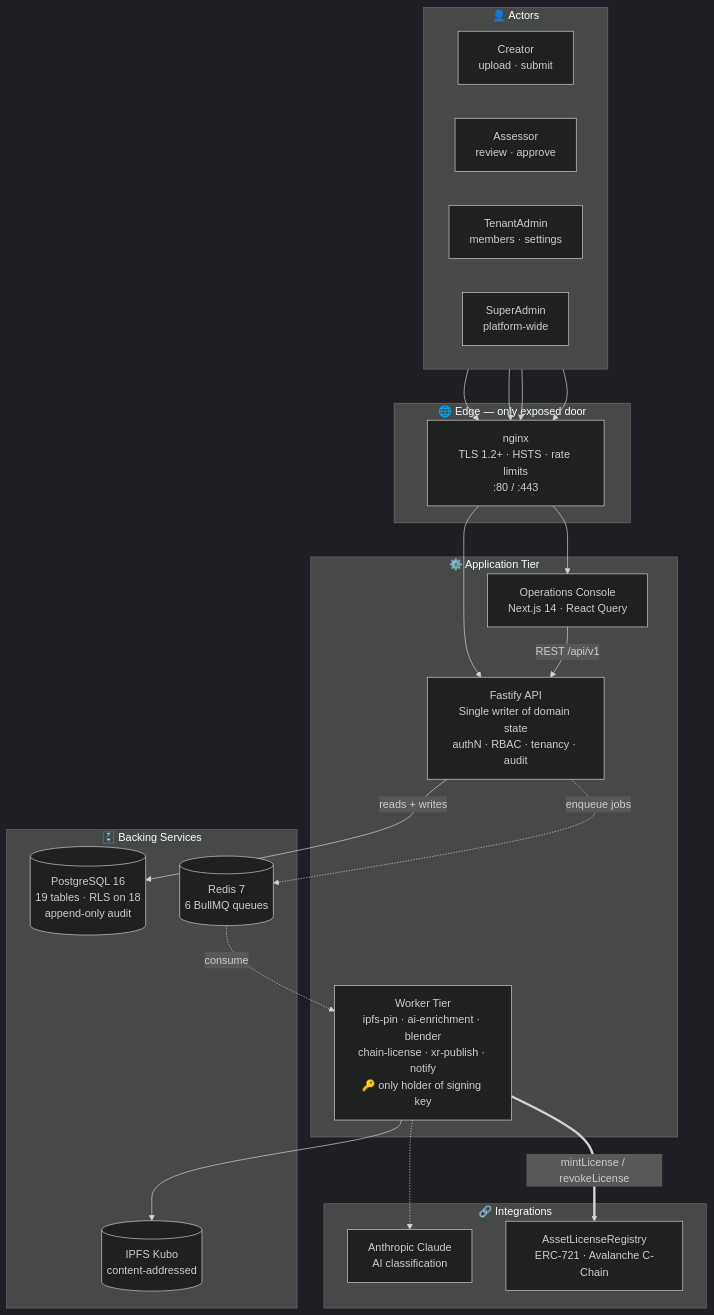
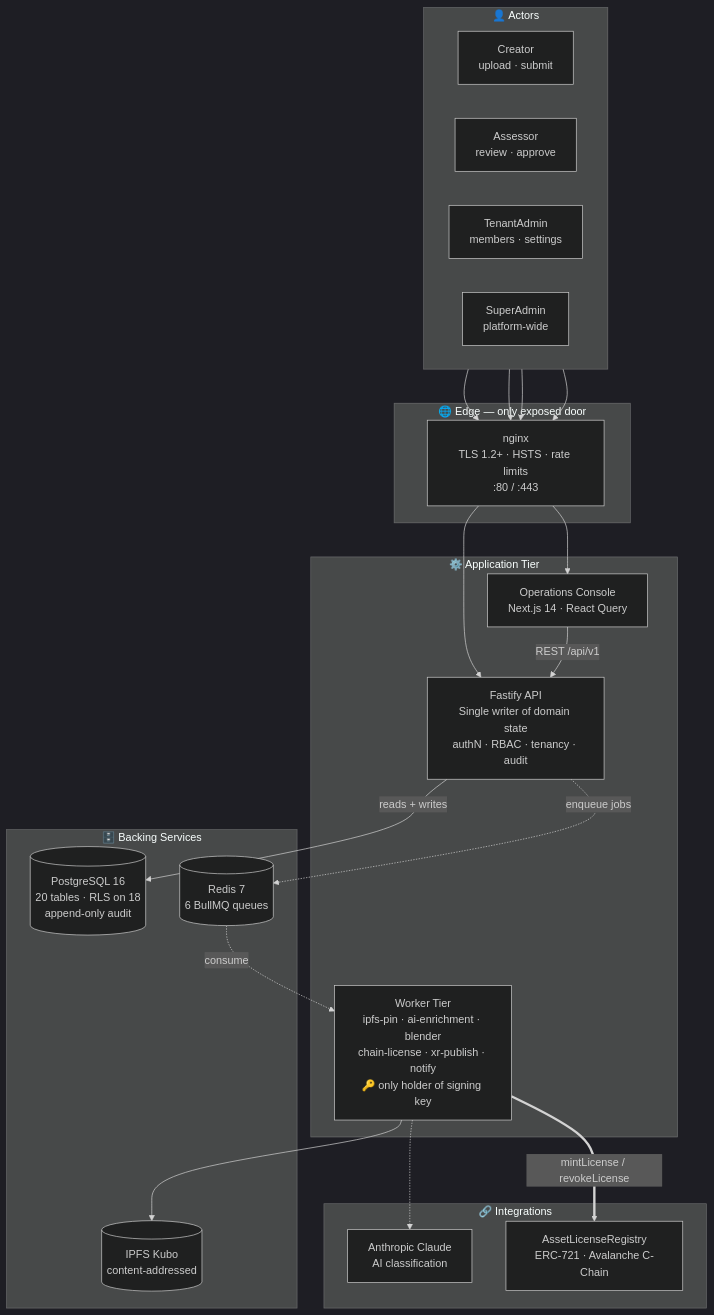
One commit to AdityaKumar41/void-space changed the first of 10 diagrams in docs/VOID-SPACE-Architecture-Visual.md. Above: the diagram before and after it, drawn with Mermaid (dark theme). The commit also changed other lines of this file and 50 other files, not shown here.

Commit message:
feat: add job status schema and types for job management API

````diff
--- a/docs/VOID-SPACE-Architecture-Visual.md
+++ b/docs/VOID-SPACE-Architecture-Visual.md
@@ -16,41 +22,41 @@
 ```mermaid
 flowchart TB
     subgraph ACTORS["👤 Actors"]
         direction LR
         CR["Creator\nupload · submit"]
         AS["Assessor\nreview · approve"]
         TA["TenantAdmin\nmembers · settings"]
         SA["SuperAdmin\nplatform-wide"]
     end
 
     subgraph EDGE["🌐 Edge — only exposed door"]
         NGX["nginx\nTLS 1.2+ · HSTS · rate limits\n:80 / :443"]
     end
 
     subgraph APP["⚙️ Application Tier"]
         WEB["Operations Console\nNext.js 14 · React Query"]
         API["Fastify API\nSingle writer of domain state\nauthN · RBAC · tenancy · audit"]
         WRK["Worker Tier\nipfs-pin · ai-enrichment · blender\nchain-license · xr-publish · notify\n🔑 only holder of signing key"]
     end
 
     subgraph DATA["🗄️ Backing Services"]
-        PG[("PostgreSQL 16\n19 tables · RLS on 18\nappend-only audit")]
+        PG[("PostgreSQL 16\n20 tables · RLS on 18\nappend-only audit")]
         RD[("Redis 7\n6 BullMQ queues")]
         IPFS[("IPFS Kubo\ncontent-addressed")]
     end
 
     subgraph EXT["🔗 Integrations"]
         CLA["Anthropic Claude\nAI classification"]
         CHN["AssetLicenseRegistry\nERC-721 · Avalanche C-Chain"]
     end
 
     CR & AS & TA & SA --> NGX
     NGX --> WEB & API
     WEB -->|"REST /api/v1"| API
     API -->|reads + writes| PG
     API -.->|enqueue jobs| RD
     RD -.->|consume| WRK
     WRK --> IPFS
     WRK -.-> CLA
     WRK ==>|"mintLicense / revokeLicense"| CHN
 ```
````
